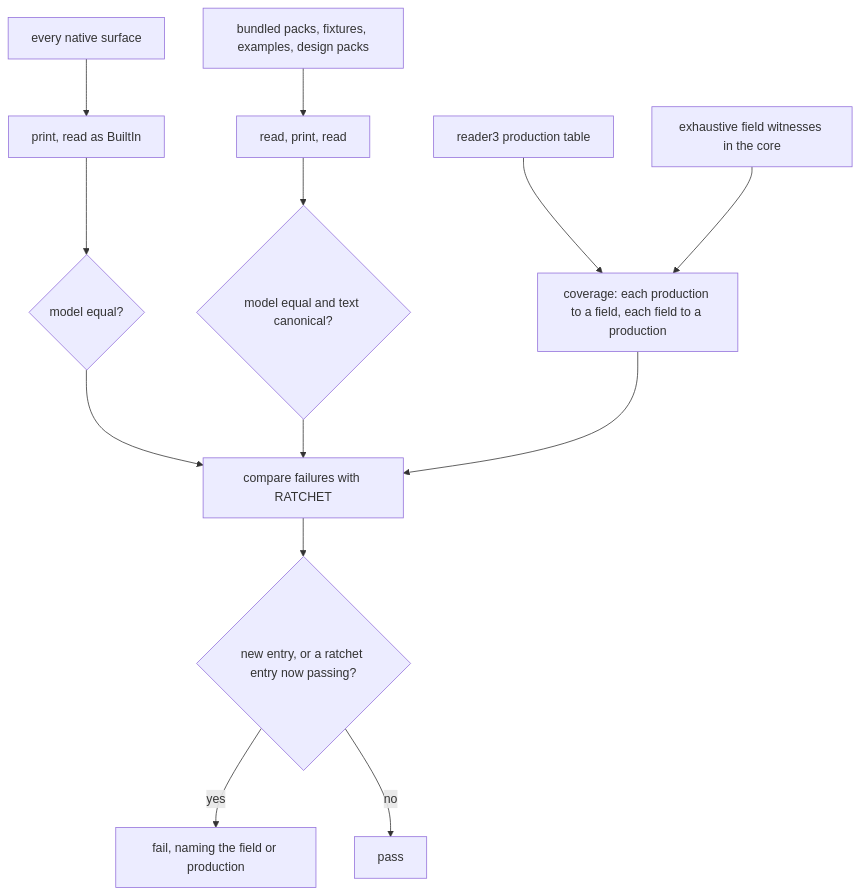
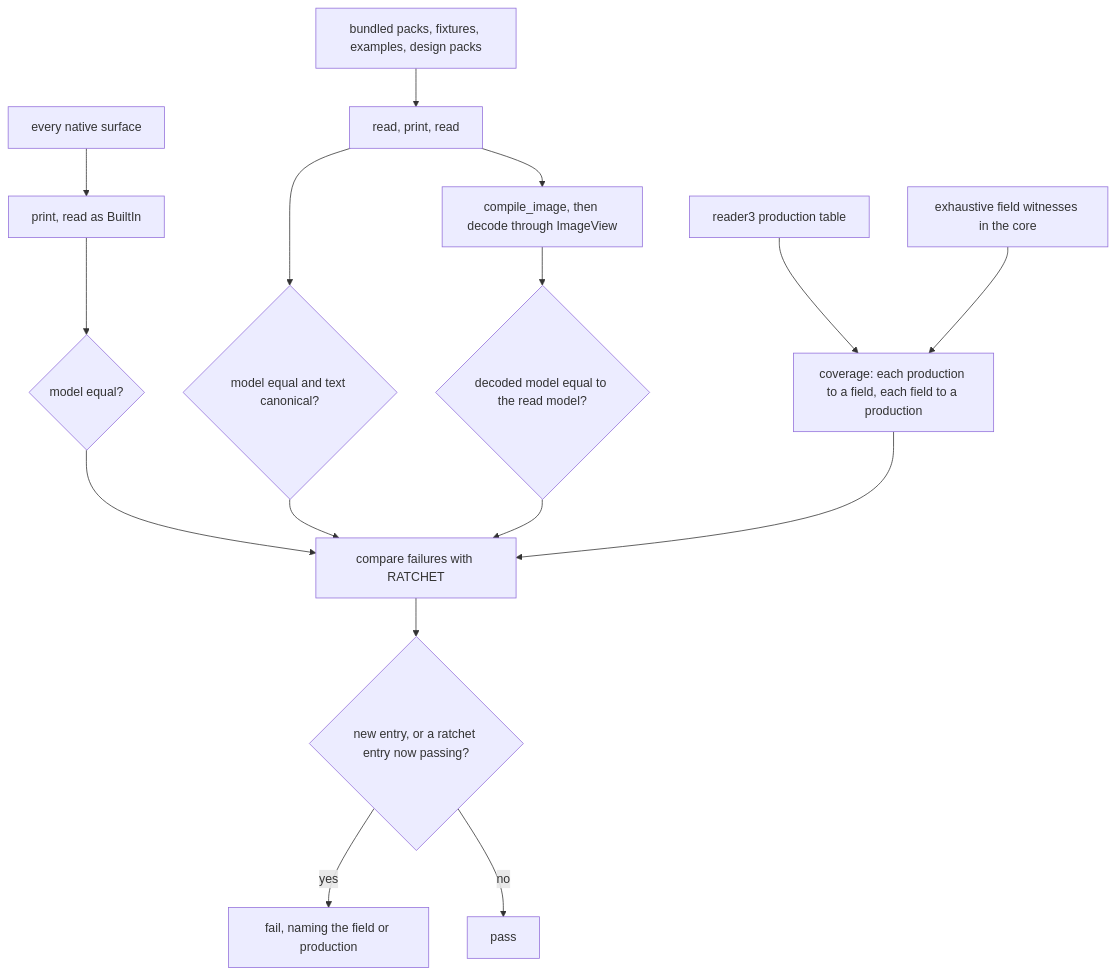
Before and after one commit to bitwisecook/tcl-lsp: the third of 3 diagrams in docs/design/registry/spectcl-3/07-image-and-rust-parity.md, drawn with Mermaid. The commit also changed other lines of this file and 17 other files, not shown here.

````diff
--- a/docs/design/registry/spectcl-3/07-image-and-rust-parity.md
+++ b/docs/design/registry/spectcl-3/07-image-and-rust-parity.md
@@ -281,15 +419,18 @@
 ```mermaid
 flowchart TB
   native["every native surface"] --> p1["print, read as BuiltIn"]
   p1 --> e1{"model equal?"}
   corpus["bundled packs, fixtures, examples, design packs"] --> r2["read, print, read"]
   r2 --> e2{"model equal and text canonical?"}
+  r2 --> d3["compile_image, then decode through ImageView"]
+  d3 --> e3{"decoded model equal to the read model?"}
   prods["reader3 production table"] --> cov["coverage: each production to a field, each field to a production"]
   witness["exhaustive field witnesses in the core"] --> cov
   e1 --> ratchet["compare failures with RATCHET"]
   e2 --> ratchet
+  e3 --> ratchet
   cov --> ratchet
   ratchet --> verdict{"new entry, or a ratchet entry now passing?"}
   verdict -- yes --> fail["fail, naming the field or production"]
   verdict -- no --> pass["pass"]
 ```
````
